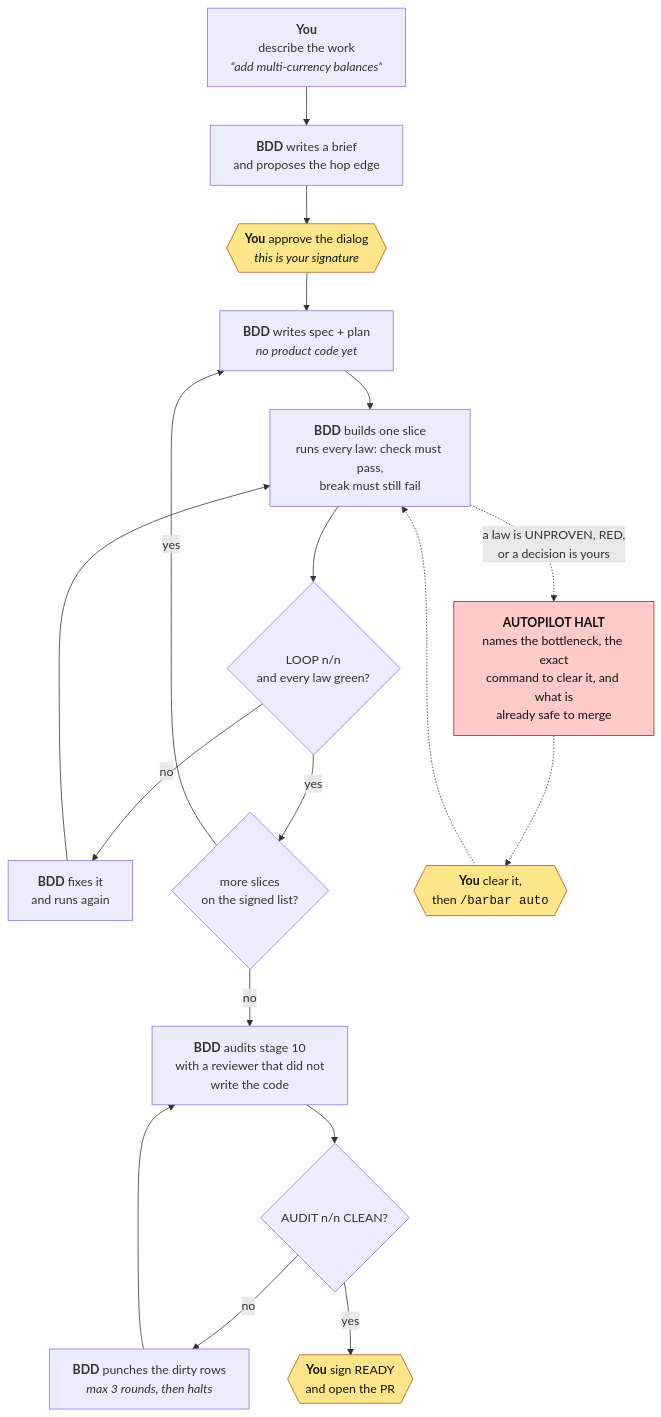
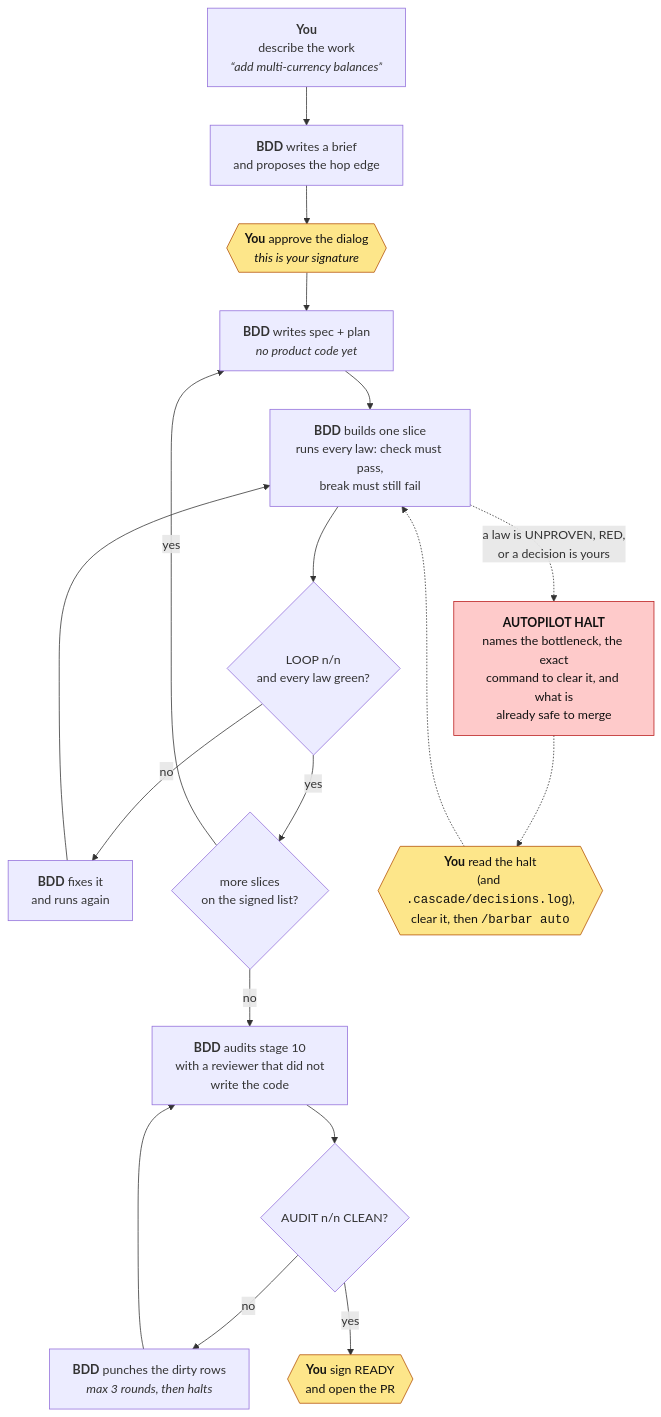
Before and after one commit to kadaluarsa/barbaric-driven-development: the diagram in README.md, drawn with Mermaid. The commit also changed other lines of this file and 9 other files, not shown here.

````diff
--- a/README.md
+++ b/README.md
@@ -48,26 +51,26 @@
 ```mermaid
 flowchart TD
     A["<b>You</b><br/>describe the work<br/><i>“add multi-currency balances”</i>"] --> B["<b>BDD</b> writes a brief<br/>and proposes the hop edge"]
     B --> C{{"<b>You</b> approve the dialog<br/><i>this is your signature</i>"}}
     C --> D["<b>BDD</b> writes spec + plan<br/><i>no product code yet</i>"]
     D --> E["<b>BDD</b> builds one slice<br/>runs every law: check must pass,<br/>break must still fail"]
     E --> F{"LOOP n/n<br/>and every law green?"}
     F -- no --> G["<b>BDD</b> fixes it<br/>and runs again"]
     G --> E
     F -- yes --> H{"more slices<br/>on the signed list?"}
     H -- yes --> D
     H -- no --> I["<b>BDD</b> audits stage 10<br/>with a reviewer that did not<br/>write the code"]
     I --> J{"AUDIT n/n CLEAN?"}
     J -- no --> K["<b>BDD</b> punches the dirty rows<br/><i>max 3 rounds, then halts</i>"]
     K --> I
     J -- yes --> L{{"<b>You</b> sign READY<br/>and open the PR"}}
 
     E -.->|"a law is UNPROVEN, RED,<br/>or a decision is yours"| M["<b>AUTOPILOT HALT</b><br/>names the bottleneck, the exact<br/>command to clear it, and what is<br/>already safe to merge"]
-    M -.-> N{{"<b>You</b> clear it,<br/>then <code>/barbar auto</code>"}}
+    M -.-> N{{"<b>You</b> read the halt<br/>(and <code>.cascade/decisions.log</code>),<br/>clear it, then <code>/barbar auto</code>"}}
     N -.-> E
 
     style C fill:#fde68a,stroke:#b45309,color:#111
     style L fill:#fde68a,stroke:#b45309,color:#111
     style N fill:#fde68a,stroke:#b45309,color:#111
     style M fill:#fecaca,stroke:#b91c1c,color:#111
 ```
````
